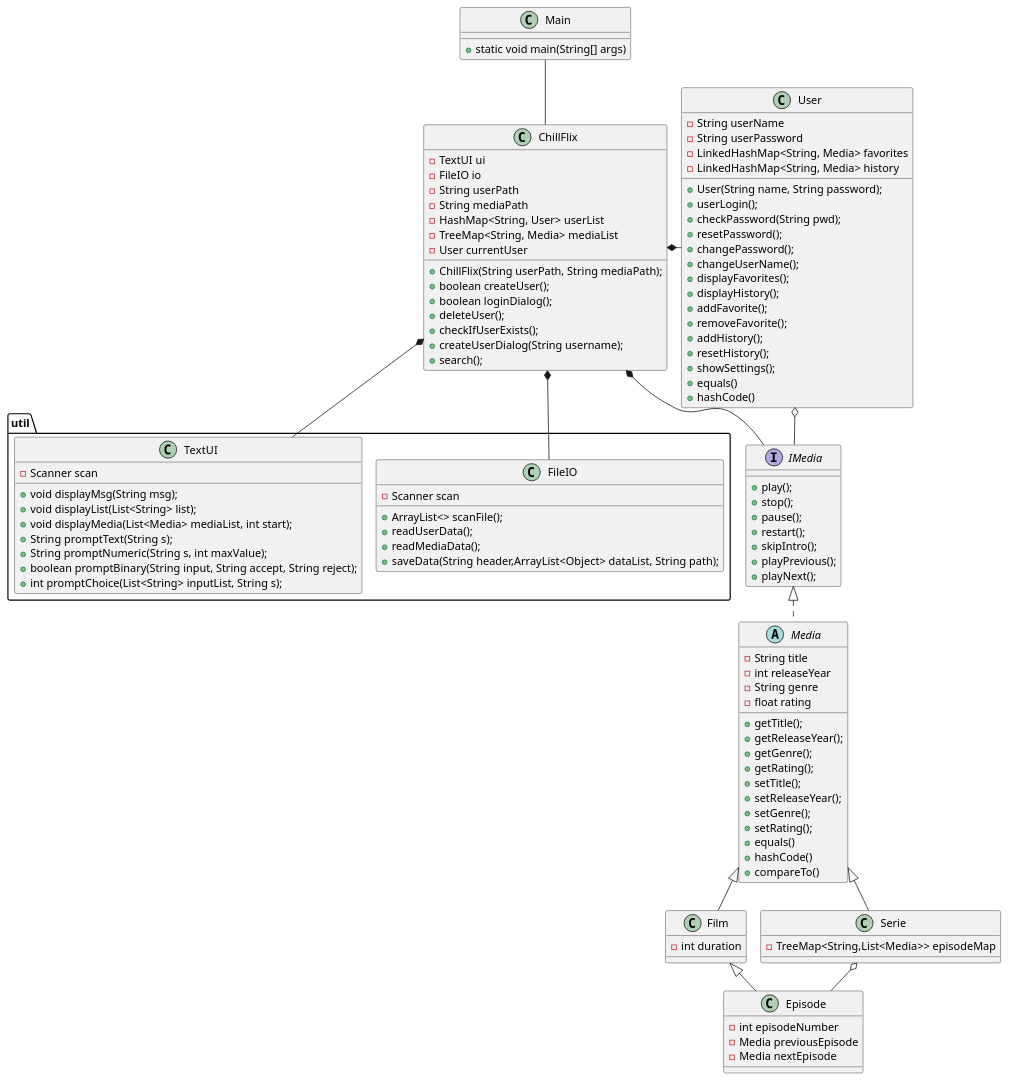
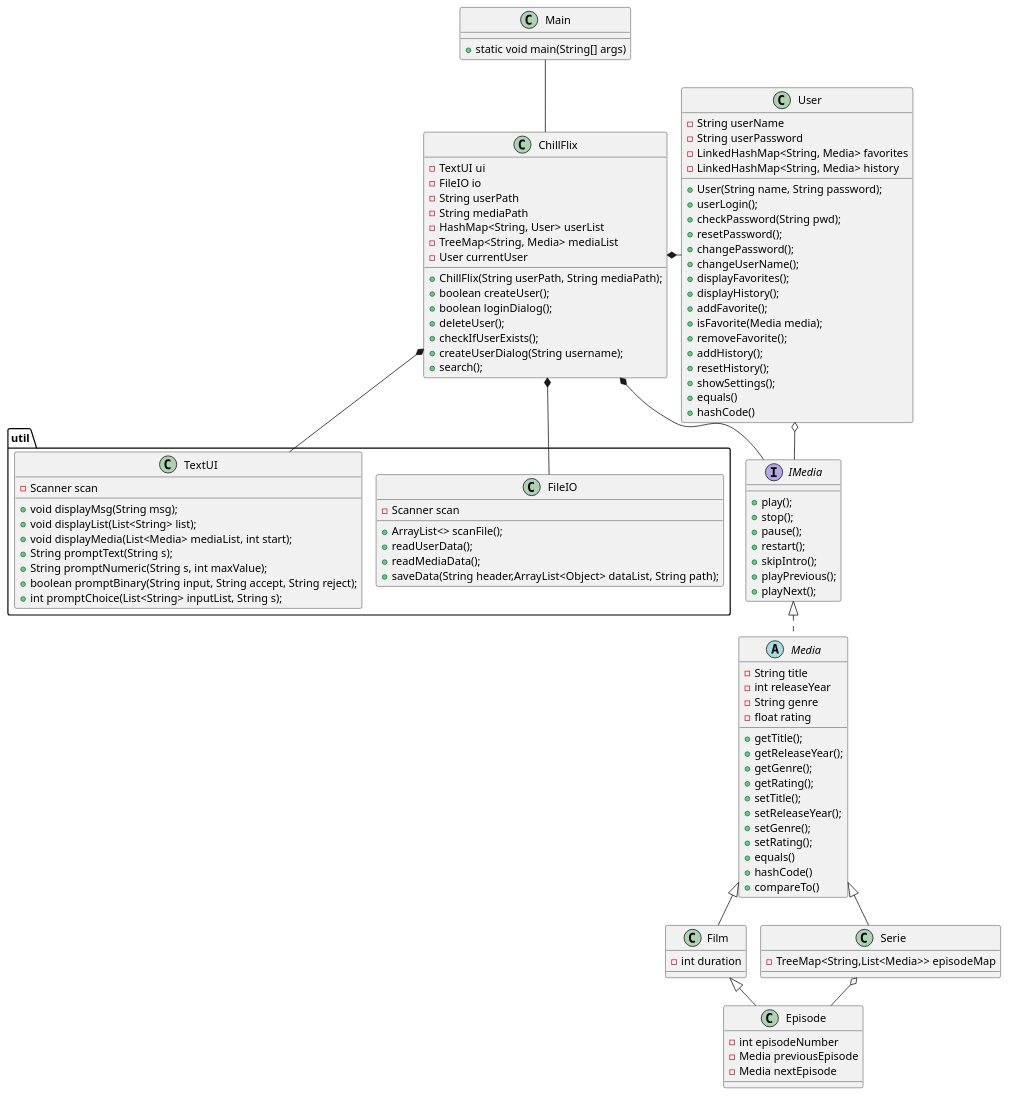
Before and after one commit to Falcho/SP3: the diagram in docs/classDiagram.puml, drawn with PlantUML.

Commit message:
Added isFavorite(); to the classDiagram.puml

```diff
--- a/docs/classDiagram.puml
+++ b/docs/classDiagram.puml
@@ -1,123 +1,124 @@
 @startuml
 'https://plantuml.com/class-diagram
 !pragma layout smetana
 
 Class Main{
 +static void main(String[] args)
 }
 
 Class ChillFlix{
 -TextUI ui
 -FileIO io
 -String userPath
 -String mediaPath
 -HashMap<String, User> userList
 -TreeMap<String, Media> mediaList
 -User currentUser
 +ChillFlix(String userPath, String mediaPath);
 +boolean createUser();
 +boolean loginDialog();
 +deleteUser();
 +checkIfUserExists();
 +createUserDialog(String username);
 +search();
 }
 
 
 Class User{
 -String userName
 -String userPassword
 -LinkedHashMap<String, Media> favorites
 -LinkedHashMap<String, Media> history
 +User(String name, String password);
 +userLogin();
 +checkPassword(String pwd);
 +resetPassword();
 +changePassword();
 +changeUserName();
 +displayFavorites();
 +displayHistory();
 +addFavorite();
++isFavorite(Media media);
 +removeFavorite();
 +addHistory();
 +resetHistory();
 +showSettings();
 +equals()
 +hashCode()
 }
 
 Interface IMedia{
 +play();
 +stop();
 +pause();
 +restart();
 +skipIntro();
 +playPrevious();
 +playNext();
 }
 abstract Class Media{
 -String title
 -int releaseYear
 -String genre
 -float rating
 +getTitle();
 +getReleaseYear();
 +getGenre();
 +getRating();
 +setTitle();
 +setReleaseYear();
 +setGenre();
 +setRating();
 +equals()
 +hashCode()
 +compareTo()
 }
 
 Class Film {
 -int duration
 }
 
 Class Serie{
 -TreeMap<String,List<Media>> episodeMap
 }
 
 
 Class Episode{
 -int episodeNumber
 -Media previousEpisode
 -Media nextEpisode
 }
 package util {
     Class FileIO{
     -Scanner scan
     +ArrayList<> scanFile();
     +readUserData();
     +readMediaData();
     +saveData(String header,ArrayList<Object> dataList, String path);
     }
 
     Class TextUI{
     -Scanner scan
     +void displayMsg(String msg);
     +void displayList(List<String> list);
     +void displayMedia(List<Media> mediaList, int start);
     +String promptText(String s);
     +String promptNumeric(String s, int maxValue);
     +boolean promptBinary(String input, String accept, String reject);
     +int promptChoice(List<String> inputList, String s);
     }
 }
 
 Film <|-- Episode
 Media <|-- Film
 Media <|-- Serie
 Serie o-- Episode
 IMedia <|.. Media
 ChillFlix *- User
 ChillFlix *-- IMedia
 ChillFlix *-- FileIO
 ChillFlix *-- TextUI
 Main -- ChillFlix
 User o- IMedia
 
 @enduml
```
